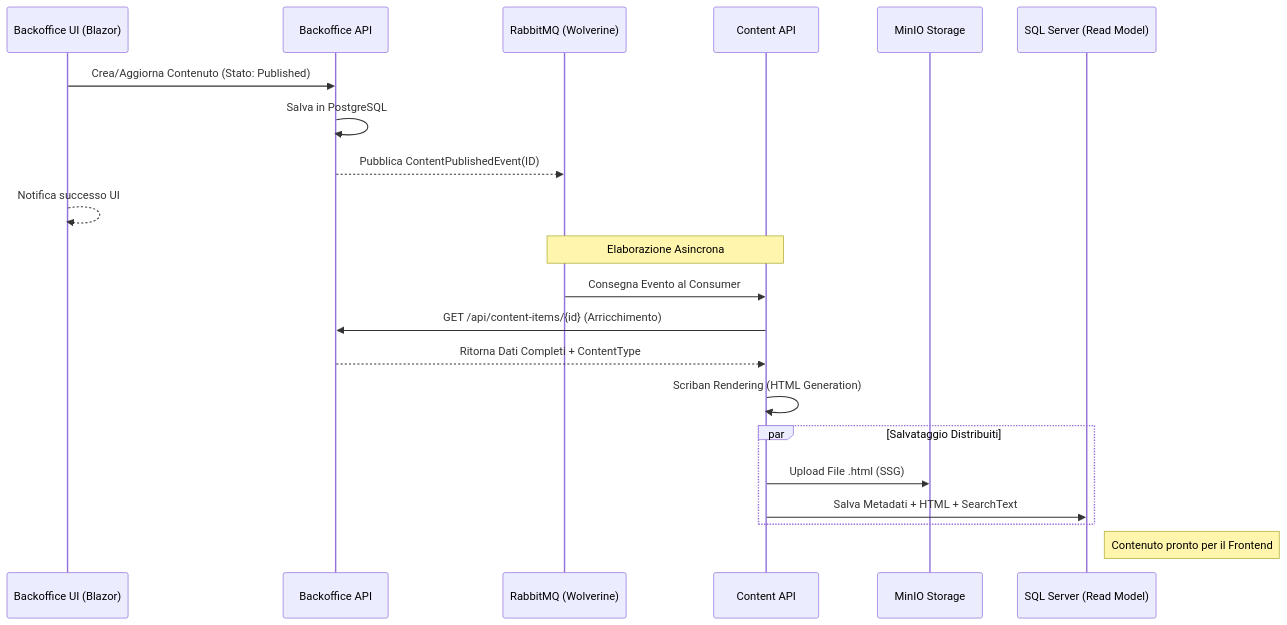
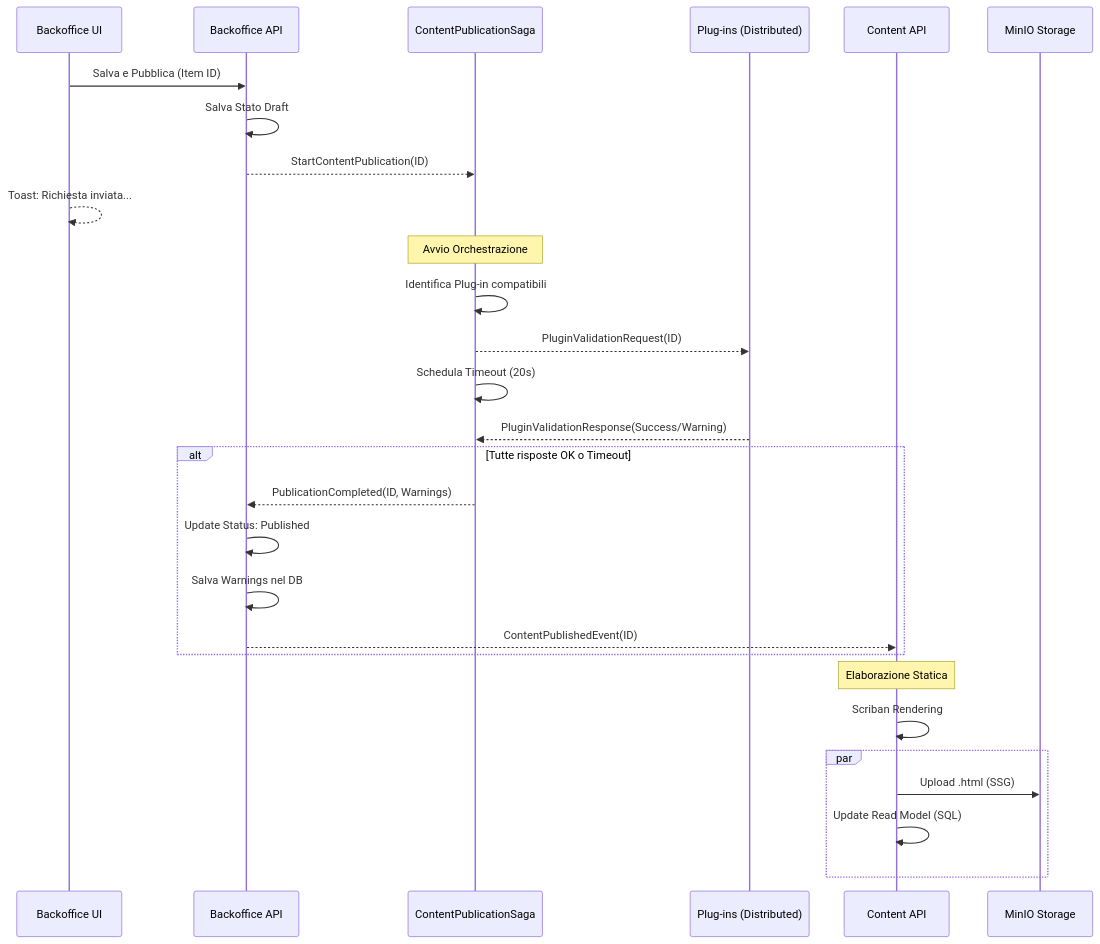
The diagram in docs/publication-lifecycle.md (nostromo117/Pollon), drawn with Mermaid before and after one commit. The commit also changed other lines of this file and 28 other files, not shown here.

````diff
--- a/docs/publication-lifecycle.md
+++ b/docs/publication-lifecycle.md
@@ -25,28 +40,35 @@
 ```mermaid
 sequenceDiagram
-    participant BO as Backoffice UI (Blazor)
-    participant BOAPI as Backoffice API
-    participant RMQ as RabbitMQ (Wolverine)
+    participant UI as Backoffice UI
+    participant BO as Backoffice API
+    participant SAGA as ContentPublicationSaga
+    participant PLG as Plug-ins (Distributed)
     participant CAPI as Content API
     participant MINIO as MinIO Storage
-    participant SQL as SQL Server (Read Model)
 
-    BO->>BOAPI: Crea/Aggiorna Contenuto (Stato: Published)
-    BOAPI->>BOAPI: Salva in PostgreSQL
-    BOAPI-->>RMQ: Pubblica ContentPublishedEvent(ID)
-    BO-->>BO: Notifica successo UI
-
-    Note over RMQ, CAPI: Elaborazione Asincrona
-    RMQ->>CAPI: Consegna Evento al Consumer
-    CAPI->>BOAPI: GET /api/content-items/{id} (Arricchimento)
-    BOAPI-->>CAPI: Ritorna Dati Completi + ContentType
+    UI->>BO: Salva e Pubblica (Item ID)
+    BO->>BO: Salva Stato Draft
+    BO-->>SAGA: StartContentPublication(ID)
+    UI-->>UI: Toast: Richiesta inviata...
     
-    CAPI->>CAPI: Scriban Rendering (HTML Generation)
+    Note over SAGA: Avvio Orchestrazione
+    SAGA->>SAGA: Identifica Plug-in compatibili
+    SAGA-->>PLG: PluginValidationRequest(ID)
+    SAGA->>SAGA: Schedula Timeout (20s)
     
-    par Salvataggio Distribuiti
-        CAPI->>MINIO: Upload File .html (SSG)
-        CAPI->>SQL: Salva Metadati + HTML + SearchText
+    PLG-->>SAGA: PluginValidationResponse(Success/Warning)
+    
+    alt Tutte risposte OK o Timeout
+        SAGA-->>BO: PublicationCompleted(ID, Warnings)
+        BO->>BO: Update Status: Published
+        BO->>BO: Salva Warnings nel DB
+        BO-->>CAPI: ContentPublishedEvent(ID)
     end
-
-    Note right of SQL: Contenuto pronto per il Frontend
+    
+    Note over CAPI: Elaborazione Statica
+    CAPI->>CAPI: Scriban Rendering
+    par 
+        CAPI->>MINIO: Upload .html (SSG)
+        CAPI->>CAPI: Update Read Model (SQL)
+    end
 ```
````
